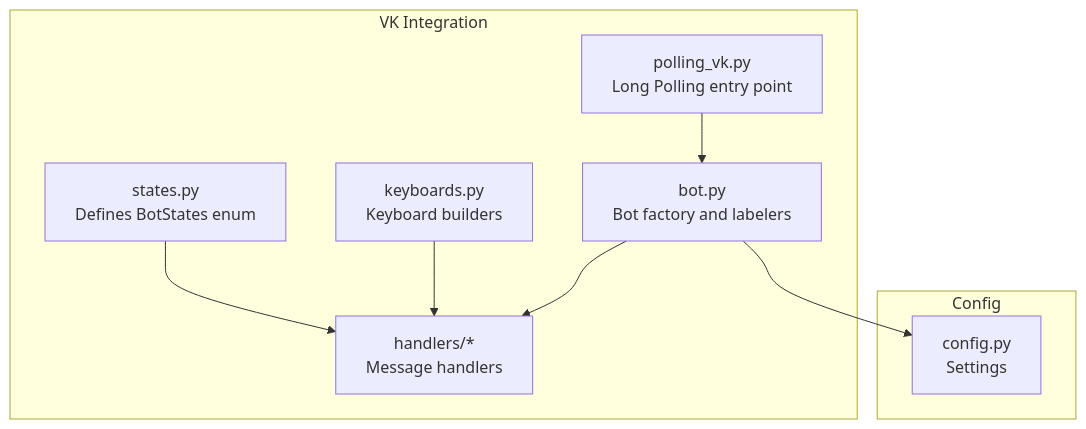
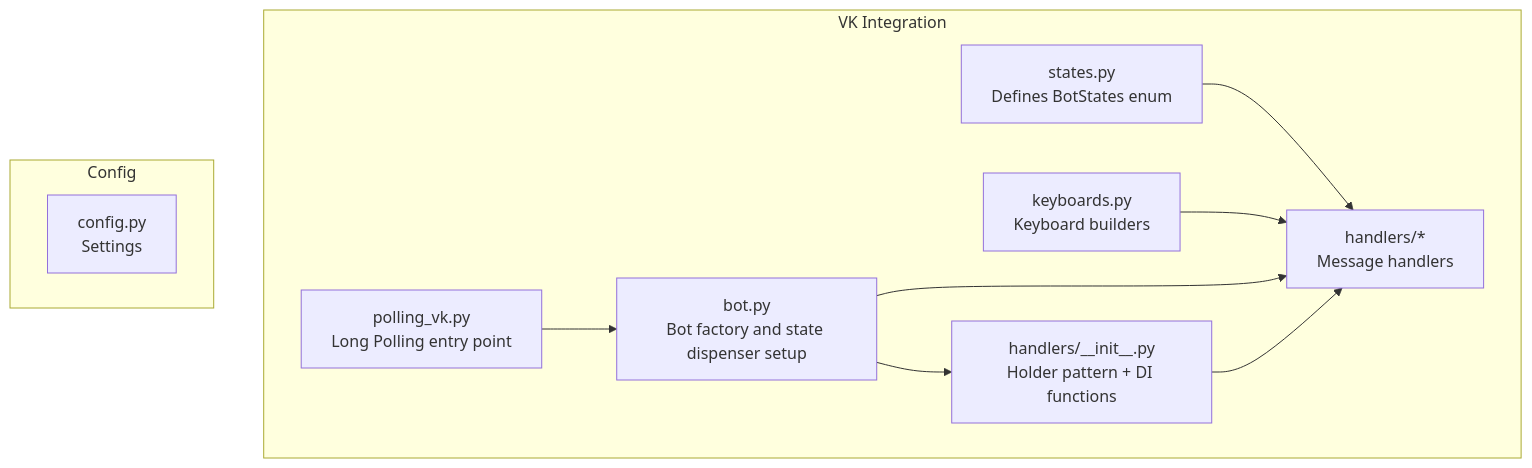
Before and after one commit to ognelis/cafetera_hr_bot: the first of 10 diagrams in .qoder/repowiki/en/content/State Management.md, drawn with Mermaid. The commit also changed other lines of this file and 14 other files, not shown here.

````diff
--- a/.qoder/repowiki/en/content/State Management.md
+++ b/.qoder/repowiki/en/content/State Management.md
@@ -39,18 +51,20 @@
 ```mermaid
 graph TB
 subgraph "VK Integration"
 ST["states.py<br/>Defines BotStates enum"]
 HK["handlers/*<br/>Message handlers"]
 KB["keyboards.py<br/>Keyboard builders"]
-BT["bot.py<br/>Bot factory and labelers"]
+BT["bot.py<br/>Bot factory and state dispenser setup"]
+HD["handlers/__init__.py<br/>Holder pattern + DI functions"]
 PL["polling_vk.py<br/>Long Polling entry point"]
 end
 subgraph "Config"
 CFG["config.py<br/>Settings"]
 end
 ST --> HK
 KB --> HK
 BT --> HK
-BT --> CFG
+BT --> HD
+HD --> HK
 PL --> BT
 ```
````
